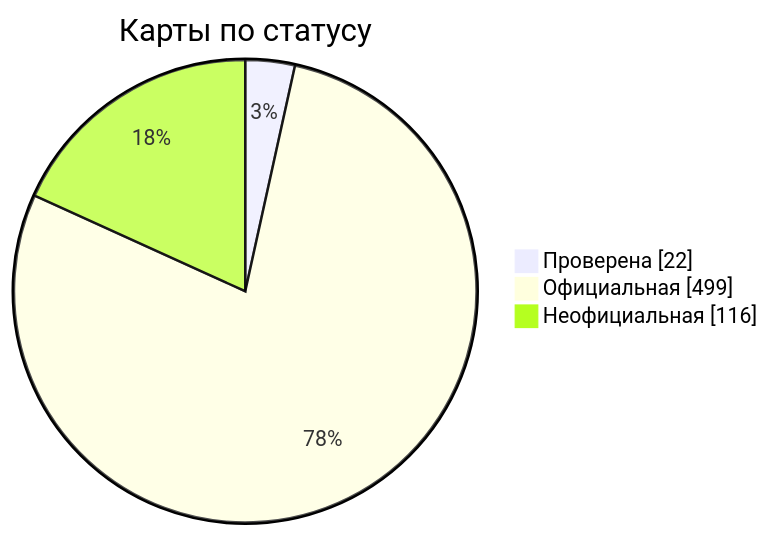
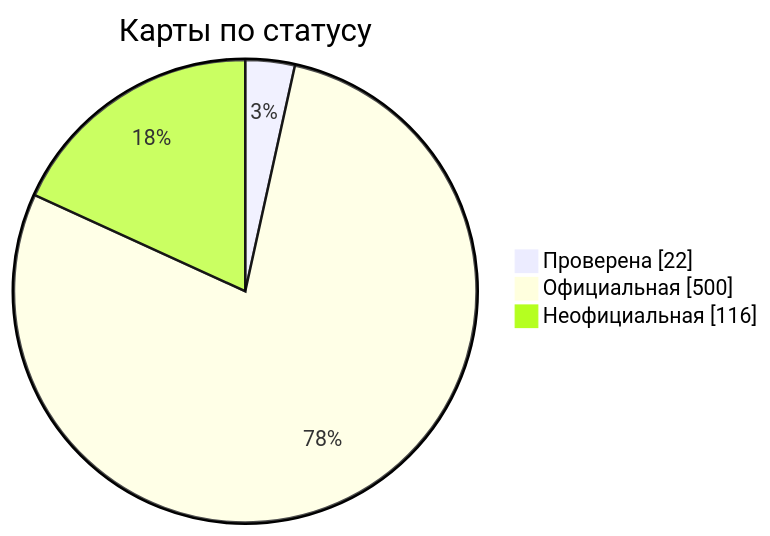
Before and after one commit to nobrega8/mbmap-library: the diagram in docs/readme/README_RU.md, drawn with Mermaid. The commit also changed 6 other files, not shown here.

````diff
--- a/docs/readme/README_RU.md
+++ b/docs/readme/README_RU.md
@@ -54,7 +54,7 @@
 ```mermaid
 pie showData
     title Карты по статусу
     "Проверена" : 22
-    "Официальная" : 499
+    "Официальная" : 500
     "Неофициальная" : 116
 ```
````
